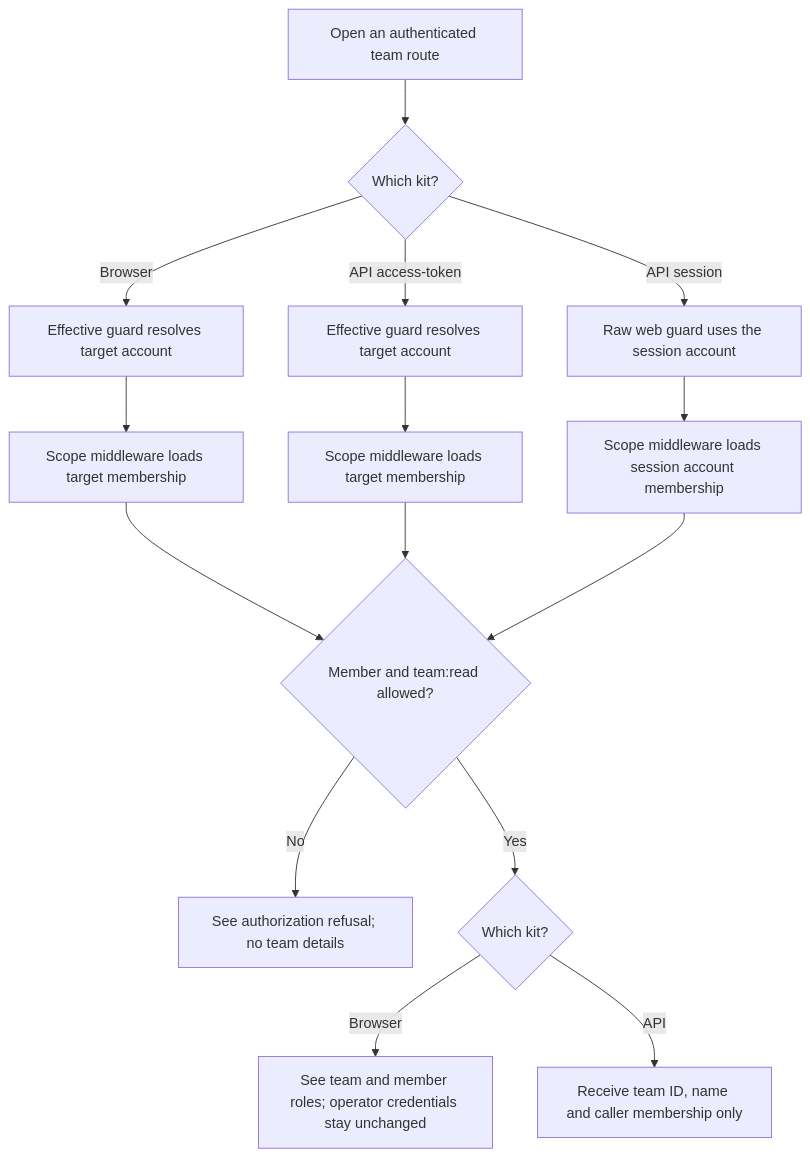
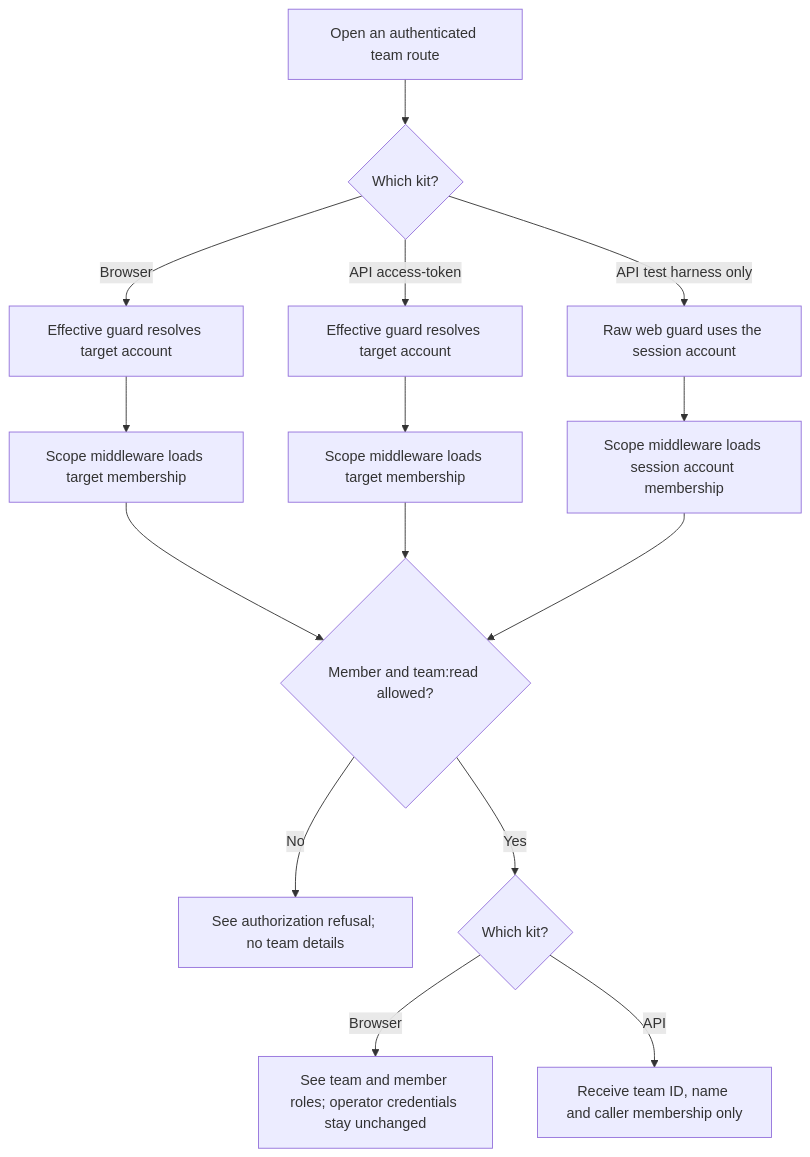
Before and after one commit to Kevinjohn/oss-adonisjs-starter-examples: the first of 2 diagrams in user-stories/support/us-masq-02-view-target-team.md, drawn with Mermaid. The commit also changed other lines of this file and 9 other files, not shown here.

````diff
--- a/user-stories/support/us-masq-02-view-target-team.md
+++ b/user-stories/support/us-masq-02-view-target-team.md
@@ -21,17 +21,17 @@
 ```mermaid
 flowchart TD
     A["Open an authenticated team route"] --> B{"Which kit?"}
     B -->|Browser| C["Effective guard resolves target account"]
     C --> D["Scope middleware loads target membership"]
     D --> O
     B -->|API access-token| H["Effective guard resolves target account"]
     H --> I["Scope middleware loads target membership"]
     I --> O
-    B -->|API session| L["Raw web guard uses the session account"]
+    B -->|API test harness only| L["Raw web guard uses the session account"]
     L --> M["Scope middleware loads session account membership"]
     M --> O{"Member and team:read allowed?"}
     O -->|No| F["See authorization refusal; no team details"]
     O -->|Yes| P{"Which kit?"}
     P -->|Browser| G["See team and member roles; operator credentials stay unchanged"]
     P -->|API| K["Receive team ID, name and caller membership only"]
 ```
````
